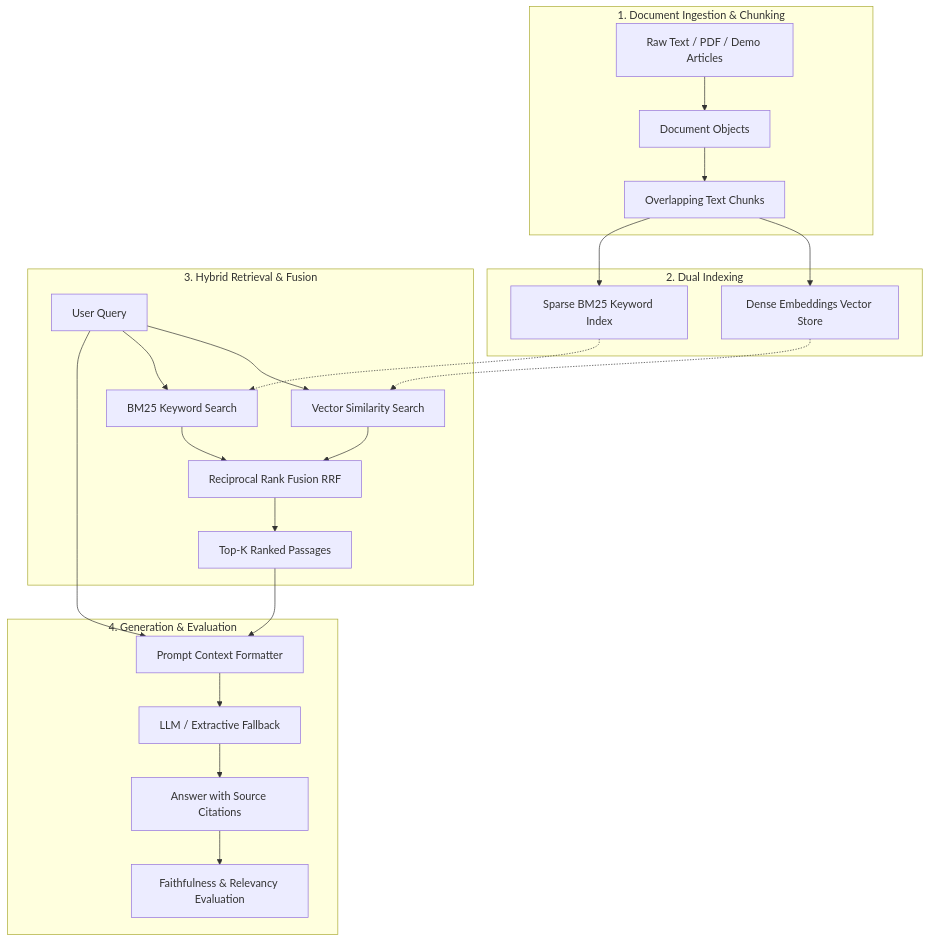
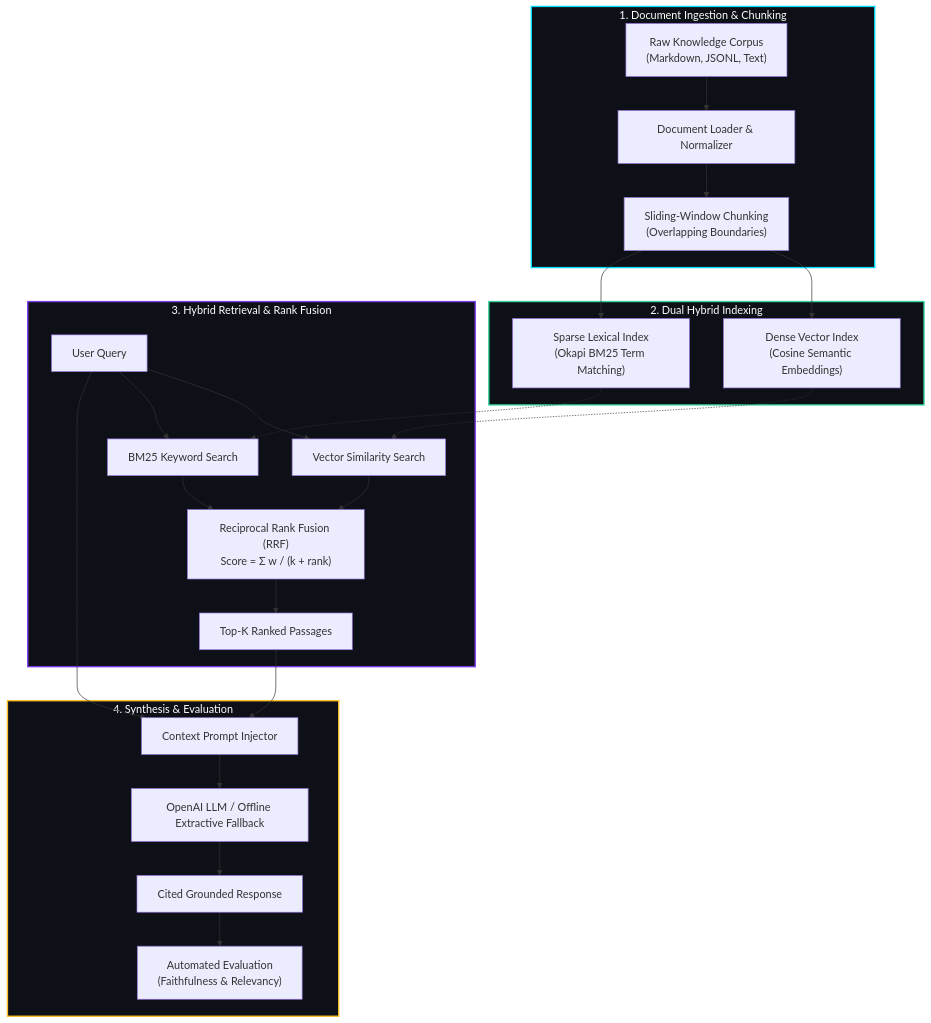
One commit to JayanGupta/RAG-Engine changed the diagram in README.md. Above: the diagram before and after it, drawn with Mermaid. The commit also changed other lines of this file, not shown here.

Commit message:
docs: revamp README with interactive typing banner, system architecture flowchart, and quickstart

````diff
--- a/README.md
+++ b/README.md
@@ -25,30 +65,35 @@
 ```mermaid
-graph TD
-    subgraph Ingestion ["1. Document Ingestion & Chunking"]
-        A[Raw Text / PDF / Demo Articles] --> B[Document Objects]
-        B --> C[Overlapping Text Chunks]
+flowchart TD
+    subgraph Ingestion["1. Document Ingestion & Chunking"]
+        A["Raw Knowledge Corpus<br/>(Markdown, JSONL, Text)"] --> B["Document Loader & Normalizer"]
+        B --> C["Sliding-Window Chunking<br/>(Overlapping Boundaries)"]
     end
 
-    subgraph Indexing ["2. Dual Indexing"]
-        C --> D[Dense Embeddings Vector Store]
-        C --> E[Sparse BM25 Keyword Index]
+    subgraph Indexing["2. Dual Hybrid Indexing"]
+        C --> D["Dense Vector Index<br/>(Cosine Semantic Embeddings)"]
+        C --> E["Sparse Lexical Index<br/>(Okapi BM25 Term Matching)"]
     end
 
-    subgraph Retrieval ["3. Hybrid Retrieval & Fusion"]
-        Q[User Query] --> F[Vector Similarity Search]
-        Q --> G[BM25 Keyword Search]
+    subgraph Retrieval["3. Hybrid Retrieval & Rank Fusion"]
+        Q["User Query"] --> F["Vector Similarity Search"]
+        Q --> G["BM25 Keyword Search"]
         D -.-> F
         E -.-> G
-        F --> H[Reciprocal Rank Fusion RRF]
+        F --> H["Reciprocal Rank Fusion (RRF)<br/>Score = Σ w / (k + rank)"]
         G --> H
-        H --> I[Top-K Ranked Passages]
+        H --> I["Top-K Ranked Passages"]
     end
 
-    subgraph Generation ["4. Generation & Evaluation"]
-        I --> J[Prompt Context Formatter]
+    subgraph Generation["4. Synthesis & Evaluation"]
+        I --> J["Context Prompt Injector"]
         Q --> J
-        J --> K[LLM / Extractive Fallback]
-        K --> L[Answer with Source Citations]
-        L --> M[Faithfulness & Relevancy Evaluation]
+        J --> K["OpenAI LLM / Offline Extractive Fallback"]
+        K --> L["Cited Grounded Response"]
+        L --> M["Automated Evaluation<br/>(Faithfulness & Relevancy)"]
     end
+
+    style Ingestion fill:#0d1117,stroke:#00d9ff,stroke-width:2px,color:#ffffff
+    style Indexing fill:#0d1117,stroke:#34d399,stroke-width:2px,color:#ffffff
+    style Retrieval fill:#0d1117,stroke:#7c3aed,stroke-width:2px,color:#ffffff
+    style Generation fill:#0d1117,stroke:#fbbf24,stroke-width:2px,color:#ffffff
 ```
````
